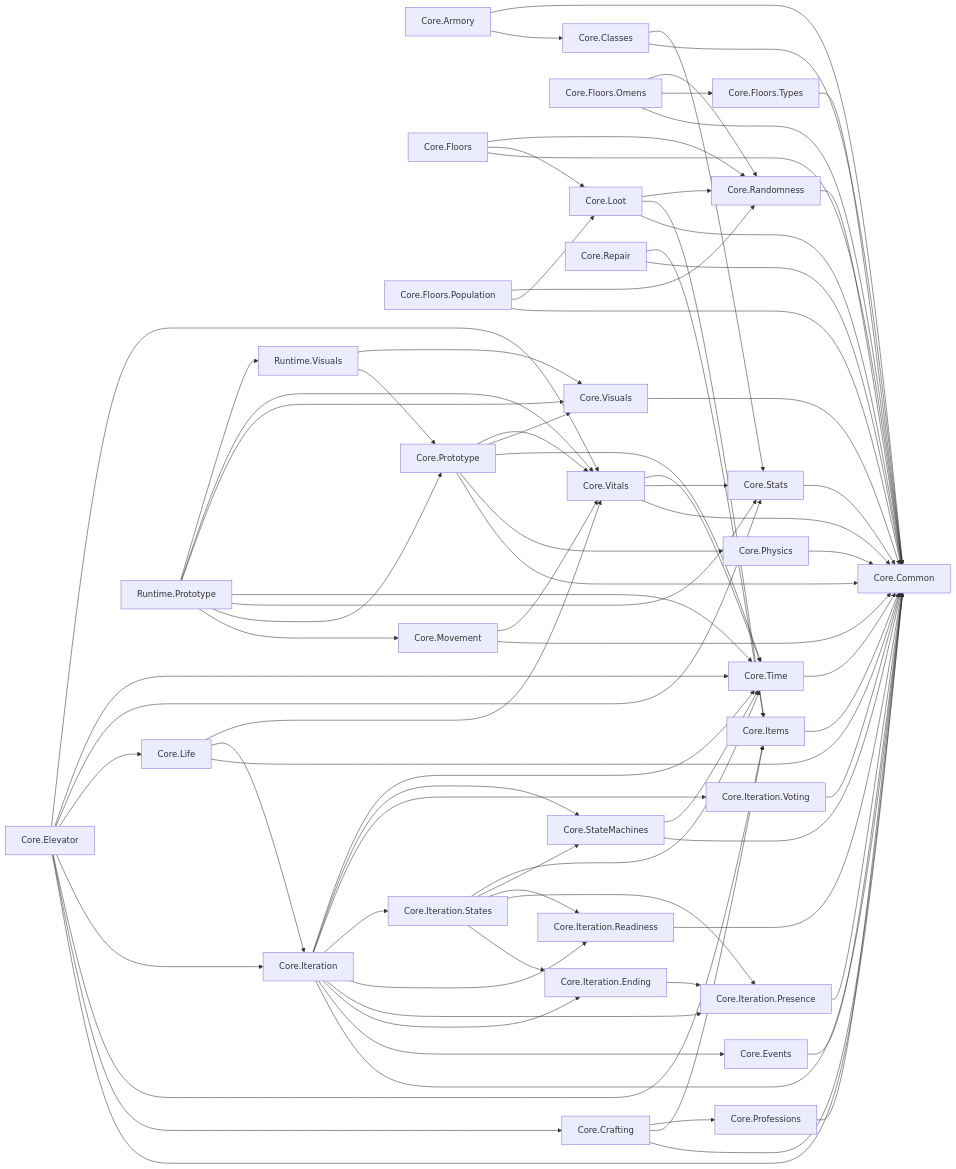
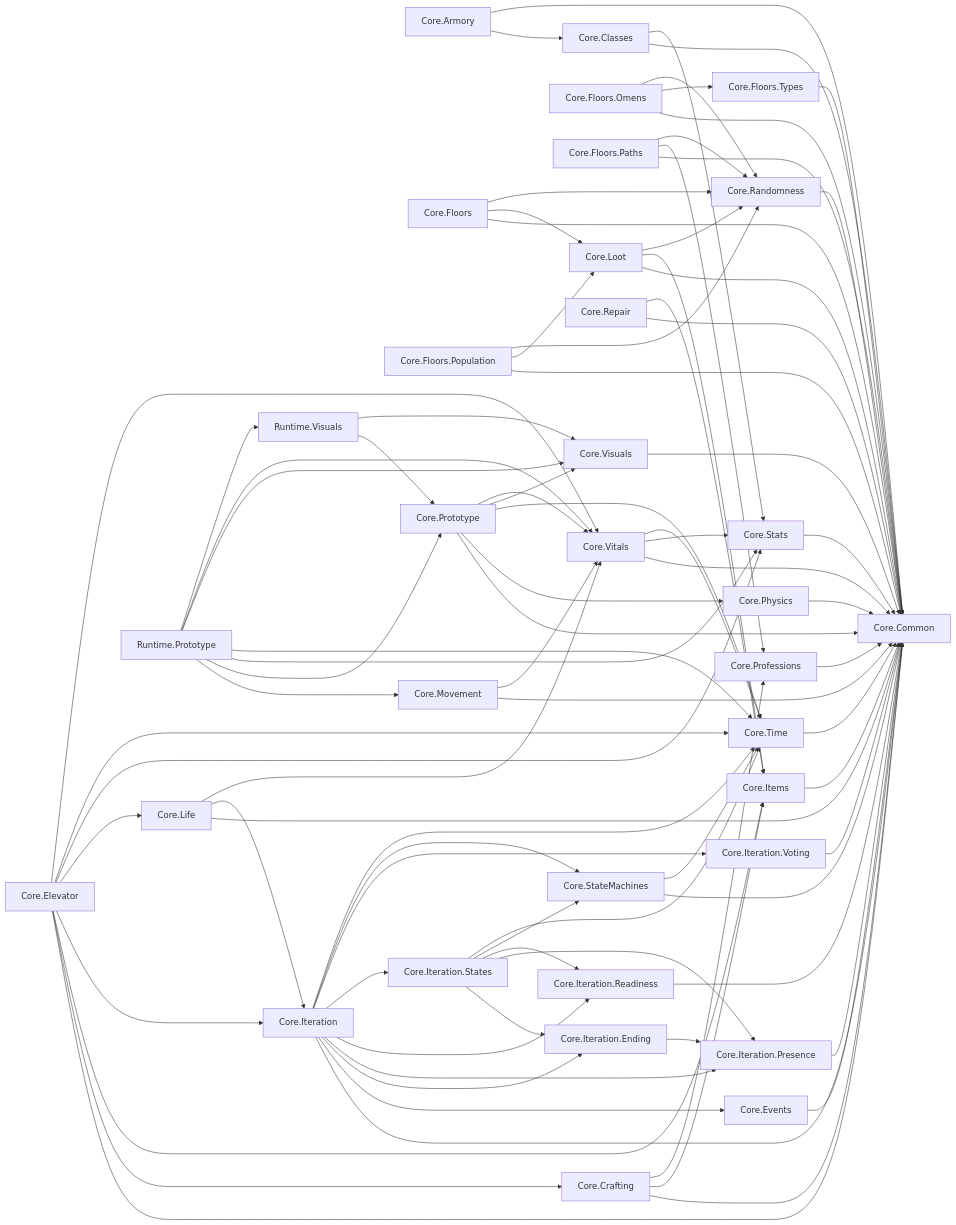
The diagram in docs/arquitectura/MODULOS.md (LazaroPol/Acensor), drawn with Mermaid before and after one commit. The commit also changed other lines of this file and 13 other files, not shown here.

````diff
--- a/docs/arquitectura/MODULOS.md
+++ b/docs/arquitectura/MODULOS.md
@@ -44,66 +45,68 @@
 ```mermaid
 flowchart LR
   n0["Core.Armory"]
   n1["Core.Classes"]
   n2["Core.Common"]
   n3["Core.Crafting"]
   n4["Core.Elevator"]
   n5["Core.Events"]
   n6["Core.Floors"]
   n7["Core.Floors.Omens"]
-  n8["Core.Floors.Population"]
-  n9["Core.Floors.Types"]
-  n10["Core.Items"]
-  n11["Core.Iteration"]
-  n12["Core.Iteration.Ending"]
-  n13["Core.Iteration.Presence"]
-  n14["Core.Iteration.Readiness"]
-  n15["Core.Iteration.States"]
-  n16["Core.Iteration.Voting"]
-  n17["Core.Life"]
-  n18["Core.Loot"]
-  n19["Core.Movement"]
-  n20["Core.Physics"]
-  n21["Core.Professions"]
-  n22["Core.Prototype"]
-  n23["Core.Randomness"]
-  n24["Core.Repair"]
-  n25["Core.StateMachines"]
-  n26["Core.Stats"]
-  n27["Core.Time"]
-  n28["Core.Visuals"]
-  n29["Core.Vitals"]
-  n30["Runtime.Prototype"]
-  n31["Runtime.Visuals"]
+  n8["Core.Floors.Paths"]
+  n9["Core.Floors.Population"]
+  n10["Core.Floors.Types"]
+  n11["Core.Items"]
+  n12["Core.Iteration"]
+  n13["Core.Iteration.Ending"]
+  n14["Core.Iteration.Presence"]
+  n15["Core.Iteration.Readiness"]
+  n16["Core.Iteration.States"]
+  n17["Core.Iteration.Voting"]
+  n18["Core.Life"]
+  n19["Core.Loot"]
+  n20["Core.Movement"]
+  n21["Core.Physics"]
+  n22["Core.Professions"]
+  n23["Core.Prototype"]
+  n24["Core.Randomness"]
+  n25["Core.Repair"]
+  n26["Core.StateMachines"]
+  n27["Core.Stats"]
+  n28["Core.Time"]
+  n29["Core.Visuals"]
+  n30["Core.Vitals"]
+  n31["Runtime.Prototype"]
+  n32["Runtime.Visuals"]
   n0 --> n1 & n2
-  n1 --> n2 & n26
-  n3 --> n2 & n10 & n21
-  n4 --> n2 & n3 & n10 & n11 & n17 & n26 & n27 & n29
+  n1 --> n2 & n27
+  n3 --> n2 & n11 & n22
+  n4 --> n2 & n3 & n11 & n12 & n18 & n27 & n28 & n30
   n5 --> n2
-  n6 --> n2 & n18 & n23
-  n7 --> n2 & n9 & n23
-  n8 --> n2 & n18 & n23
-  n9 --> n2
+  n6 --> n2 & n19 & n24
+  n7 --> n2 & n10 & n24
+  n8 --> n2 & n22 & n24
+  n9 --> n2 & n19 & n24
   n10 --> n2
-  n11 --> n2 & n5 & n12 & n13 & n14 & n15 & n16 & n25 & n27
-  n12 --> n13
-  n13 --> n2
+  n11 --> n2
+  n12 --> n2 & n5 & n13 & n14 & n15 & n16 & n17 & n26 & n28
+  n13 --> n14
   n14 --> n2
-  n15 --> n12 & n13 & n14 & n25 & n27
-  n16 --> n2
-  n17 --> n2 & n11 & n29
-  n18 --> n2 & n10 & n23
-  n19 --> n2 & n29
-  n20 --> n2
+  n15 --> n2
+  n16 --> n13 & n14 & n15 & n26 & n28
+  n17 --> n2
+  n18 --> n2 & n12 & n30
+  n19 --> n2 & n11 & n24
+  n20 --> n2 & n30
   n21 --> n2
-  n22 --> n2 & n20 & n27 & n28 & n29
-  n23 --> n2
-  n24 --> n2 & n10
-  n25 --> n2 & n27
-  n26 --> n2
+  n22 --> n2
+  n23 --> n2 & n21 & n28 & n29 & n30
+  n24 --> n2
+  n25 --> n2 & n11
+  n26 --> n2 & n28
   n27 --> n2
   n28 --> n2
-  n29 --> n2 & n26 & n27
-  n30 --> n19 & n22 & n26 & n27 & n28 & n29 & n31
-  n31 --> n22 & n28
+  n29 --> n2
+  n30 --> n2 & n27 & n28
+  n31 --> n20 & n23 & n27 & n28 & n29 & n30 & n32
+  n32 --> n23 & n29
 ```
````
